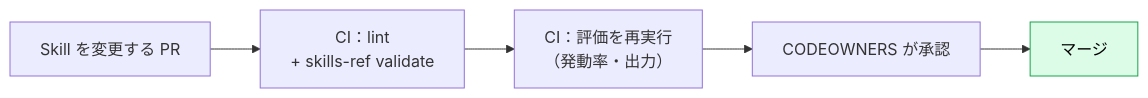
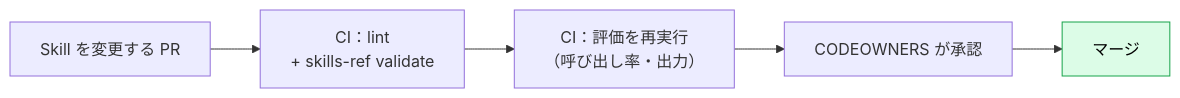
One commit to takuma39/ai changed the second of 2 diagrams in contents/24_skills/08_security-governance.md. Above: the diagram before and after it, drawn with Mermaid. The commit also changed other lines of this file and 26 other files, not shown here.

First line of the commit message:
Add Mermaid configuration and skills guide PDF

````diff
--- a/contents/24_skills/08_security-governance.md
+++ b/contents/24_skills/08_security-governance.md
@@ -102,9 +102,9 @@
 ```mermaid
 flowchart LR
     A["Skill を変更する PR"] --> B["CI：lint<br/>+ skills-ref validate"]
-    B --> C["CI：評価を再実行<br/>（発動率・出力）"]
+    B --> C["CI：評価を再実行<br/>（呼び出し率・出力）"]
     C --> D["CODEOWNERS が承認"]
     D --> E["マージ"]
 
     style E fill:#dcfce7,stroke:#16a34a,color:#000
 ```
````
